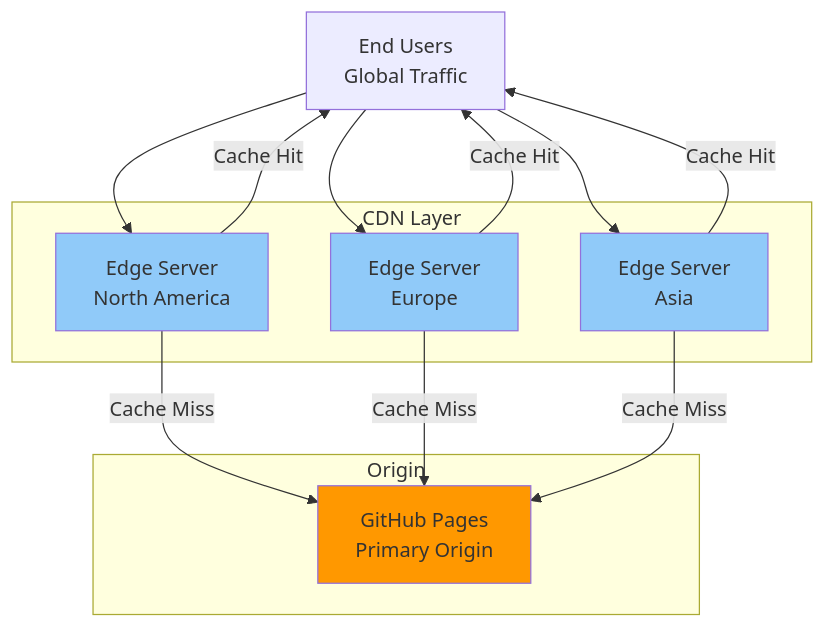
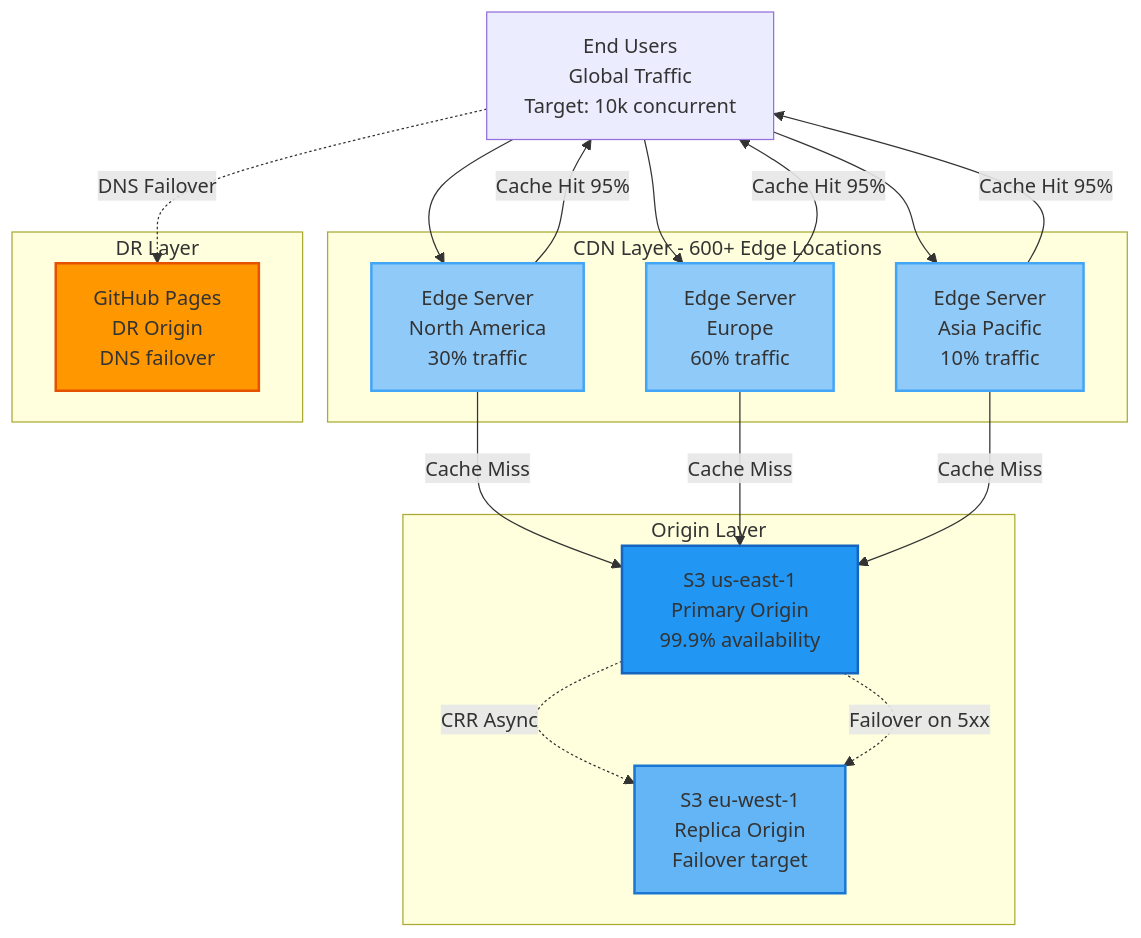
One commit to Hack23/riksdagsmonitor changed diagram 12 of 15 in ARCHITECTURE.md. Above: the diagram before and after it, drawn with Mermaid. The commit also changed other lines of this file, not shown here.

Commit message:
docs: restructure ARCHITECTURE.md to C4 standard with header, doc map, C4 views, layers, patterns, and footer

````diff
--- a/ARCHITECTURE.md
+++ b/ARCHITECTURE.md
@@ -627,31 +1010,43 @@
 ```mermaid
 graph TB
-    Users[End Users<br/>Global Traffic]
+    Users[End Users<br/>Global Traffic<br/>Target: 10k concurrent]
     
-    subgraph "CDN Layer"
-        Edge1[Edge Server<br/>North America]
-        Edge2[Edge Server<br/>Europe]
-        Edge3[Edge Server<br/>Asia]
+    subgraph "CDN Layer - 600+ Edge Locations"
+        Edge1[Edge Server<br/>North America<br/>30% traffic]
+        Edge2[Edge Server<br/>Europe<br/>60% traffic]
+        Edge3[Edge Server<br/>Asia Pacific<br/>10% traffic]
     end
     
-    subgraph "Origin"
-        GitHub[GitHub Pages<br/>Primary Origin]
+    subgraph "Origin Layer"
+        S3US[S3 us-east-1<br/>Primary Origin<br/>99.9% availability]
+        S3EU[S3 eu-west-1<br/>Replica Origin<br/>Failover target]
+    end
+    
+    subgraph "DR Layer"
+        GitHub[GitHub Pages<br/>DR Origin<br/>DNS failover]
     end
     
     Users --> Edge1
     Users --> Edge2
     Users --> Edge3
     
-    Edge1 -->|Cache Miss| GitHub
-    Edge2 -->|Cache Miss| GitHub
-    Edge3 -->|Cache Miss| GitHub
+    Edge1 -->|Cache Miss| S3US
+    Edge2 -->|Cache Miss| S3US
+    Edge3 -->|Cache Miss| S3US
     
-    Edge1 -->|Cache Hit| Users
-    Edge2 -->|Cache Hit| Users
-    Edge3 -->|Cache Hit| Users
+    Edge1 -->|Cache Hit 95%| Users
+    Edge2 -->|Cache Hit 95%| Users
+    Edge3 -->|Cache Hit 95%| Users
     
-    style GitHub fill:#ff9800
-    style Edge1 fill:#90caf9
-    style Edge2 fill:#90caf9
-    style Edge3 fill:#90caf9
+    S3US -.->|CRR Async| S3EU
+    S3US -.->|Failover on 5xx| S3EU
+    
+    Users -.->|DNS Failover| GitHub
+    
+    style S3US fill:#2196f3,stroke:#1565c0,stroke-width:2px
+    style S3EU fill:#64b5f6,stroke:#1976d2,stroke-width:2px
+    style Edge1 fill:#90caf9,stroke:#42a5f5,stroke-width:2px
+    style Edge2 fill:#90caf9,stroke:#42a5f5,stroke-width:2px
+    style Edge3 fill:#90caf9,stroke:#42a5f5,stroke-width:2px
+    style GitHub fill:#ff9800,stroke:#e65100,stroke-width:2px
 ```
````
